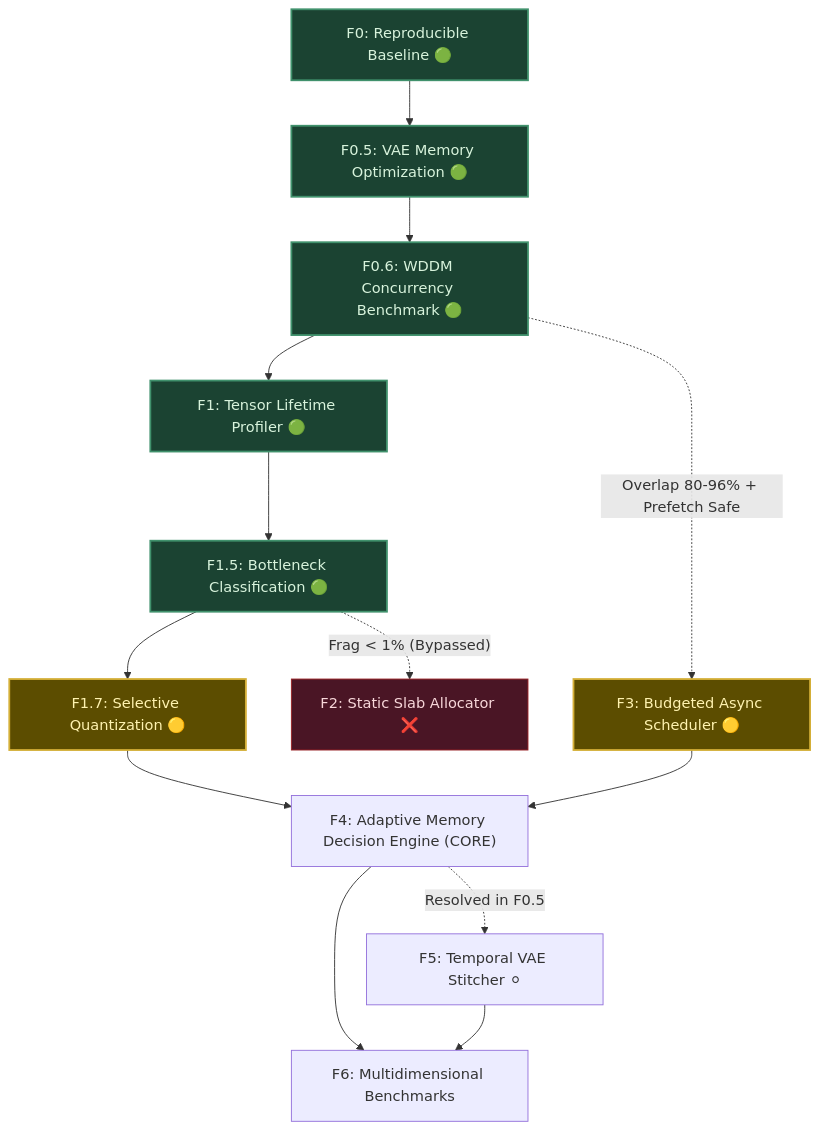
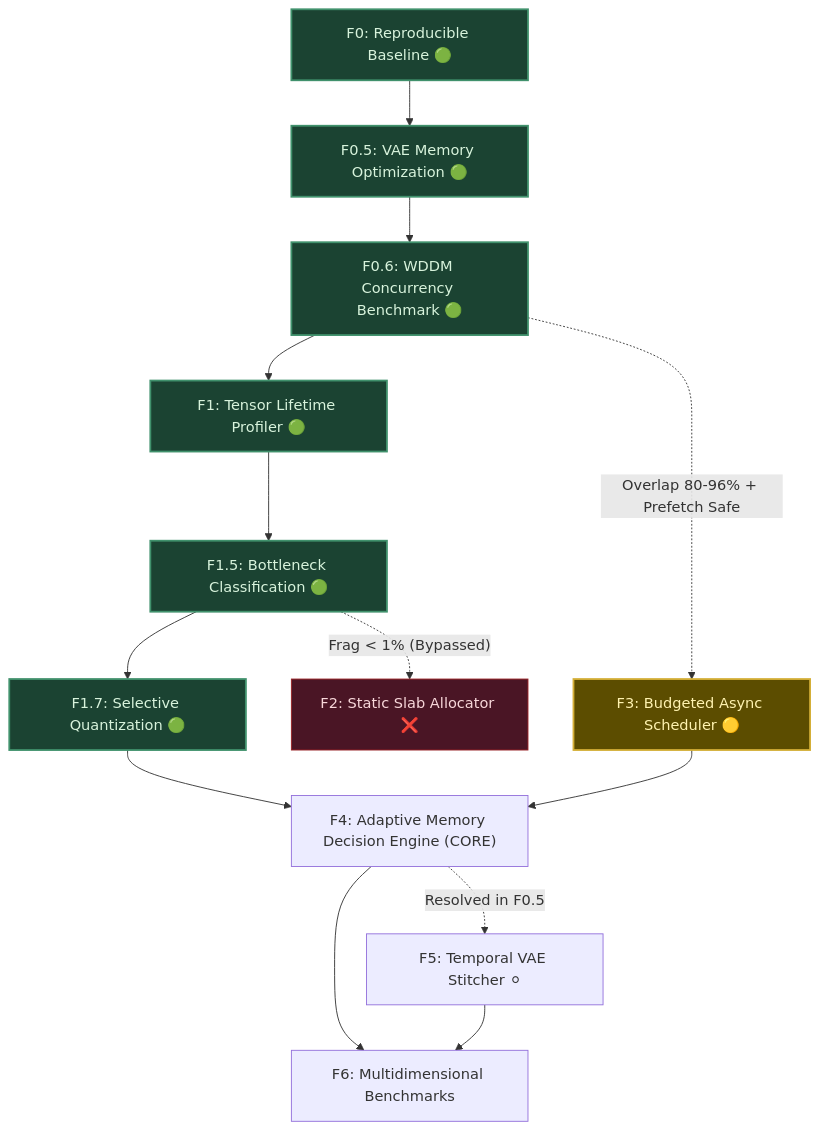
The diagram in ROADMAP.md (LARP/marley-adaptive-runtime), drawn with Mermaid before and after one commit. The commit also changed other lines of this file and 4 other files, not shown here.

First line of the commit message:
feat(f1.7): selective quantization benchmark and numerical fidelity validation

````diff
--- a/ROADMAP.md
+++ b/ROADMAP.md
@@ -49,22 +51,22 @@
 ```mermaid
 flowchart TD
     F0["F0: Reproducible Baseline 🟢"] --> F05["F0.5: VAE Memory Optimization 🟢"]
     F05 --> F06["F0.6: WDDM Concurrency Benchmark 🟢"]
     F06 --> F1["F1: Tensor Lifetime Profiler 🟢"]
     F1 --> F15["F1.5: Bottleneck Classification 🟢"]
-    F15 --> F17["F1.7: Selective Quantization 🟡"]
+    F15 --> F17["F1.7: Selective Quantization 🟢"]
     F15 -.->|"Frag < 1% (Bypassed)"| F2["F2: Static Slab Allocator ❌"]
     F06 -.->|"Overlap 80-96% + Prefetch Safe"| F3["F3: Budgeted Async Scheduler 🟡"]
     F17 --> F4["F4: Adaptive Memory Decision Engine (CORE)"]
     F3 --> F4
     F4 -.->|"Resolved in F0.5"| F5["F5: Temporal VAE Stitcher ⚪"]
     F4 --> F6["F6: Multidimensional Benchmarks"]
     F5 --> F6
 
     classDef pass fill:#1b4332,stroke:#40916c,stroke-width:2px,color:#d8f3dc;
     classDef inprog fill:#5c4d00,stroke:#d4af37,stroke-width:2px,color:#fff3b0;
     classDef bypass fill:#4a1525,stroke:#9b2226,stroke-width:1px,color:#f8d7da;
-    class F0,F05,F06,F1,F15 pass;
-    class F3,F17 inprog;
+    class F0,F05,F06,F1,F15,F17 pass;
+    class F3 inprog;
     class F2 bypass;
 ```
````
